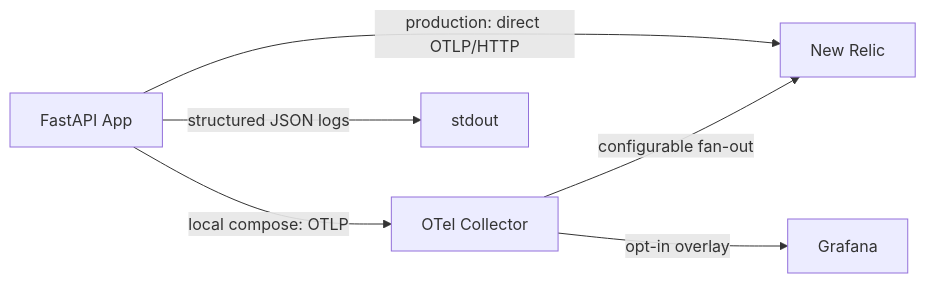
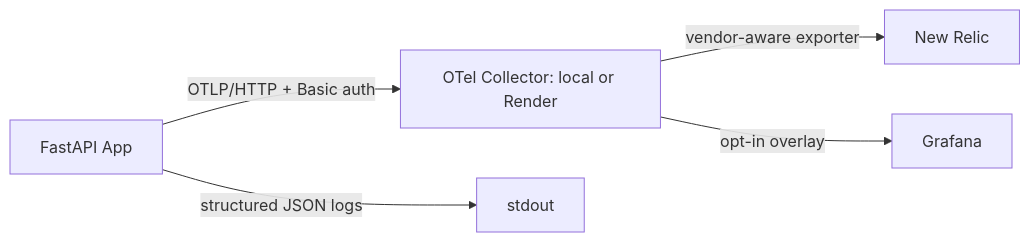
One commit to BORUTOUZUMAKI07/ai-civic-issue-monitoring changed the seventh of 8 diagrams in README.md. Above: the diagram before and after it, drawn with Mermaid. The commit also changed other lines of this file and 21 other files, not shown here.

Commit message:
chore: route production OTLP through a dedicated Render collector

````diff
--- a/README.md
+++ b/README.md
@@ -226,8 +225,7 @@
 ```mermaid
 flowchart LR
-    App[FastAPI App] -->|production: direct OTLP/HTTP| NR[New Relic]
-    App -->|local compose: OTLP| Collector[OTel Collector]
-    Collector -->|configurable fan-out| NR
+    App[FastAPI App] -->|OTLP/HTTP + Basic auth| Collector[OTel Collector: local or Render]
+    Collector -->|vendor-aware exporter| NR[New Relic]
     Collector -->|opt-in overlay| Grafana[Grafana]
     App -->|structured JSON logs| stdout
 ```
````
